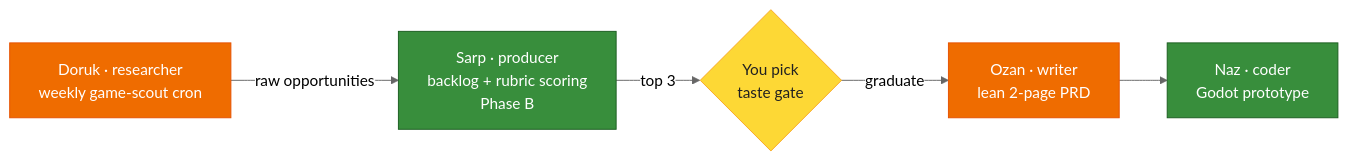
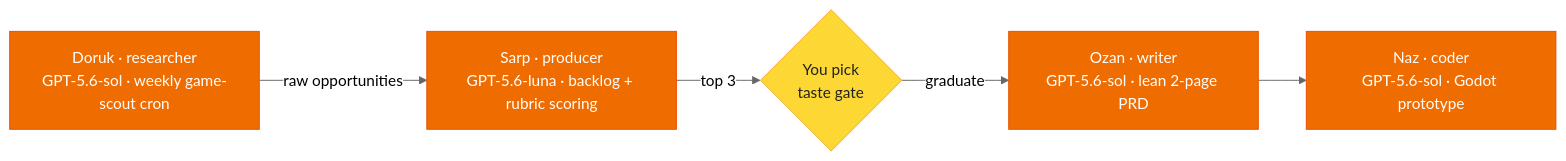
One commit to mpolatcan/hermes-setup changed the diagram in docs/11-game-dev.md. Above: the diagram before and after it, drawn with Mermaid (neutral theme). The commit also changed other lines of this file and 14 other files, not shown here.

````diff
--- a/docs/11-game-dev.md
+++ b/docs/11-game-dev.md
@@ -7,10 +7,9 @@
 ```mermaid
 flowchart LR
-    scout["Doruk · researcher<br/>weekly game-scout cron"]:::codex -->|raw opportunities| backlog["Sarp · producer<br/>backlog + rubric scoring<br/>Phase B"]:::mini
+    scout["Doruk · researcher<br/>GPT-5.6-sol · weekly game-scout cron"]:::codex -->|raw opportunities| backlog["Sarp · producer<br/>GPT-5.6-luna · backlog + rubric scoring"]:::codex
     backlog -->|top 3| pick{"You pick<br/>taste gate"}:::pick
-    pick -->|graduate| prd["Ozan · writer<br/>lean 2-page PRD"]:::codex
-    prd --> proto["Naz · coder<br/>Godot prototype"]:::mini
-    classDef mini fill:#388E3C,stroke:#1B5E20,color:#fff
+    pick -->|graduate| prd["Ozan · writer<br/>GPT-5.6-sol · lean 2-page PRD"]:::codex
+    prd --> proto["Naz · coder<br/>GPT-5.6-sol · Godot prototype"]:::codex
     classDef codex fill:#EF6C00,stroke:#E65100,color:#fff
     classDef pick fill:#FDD835,stroke:#F9A825,color:#212121
 ```
````
